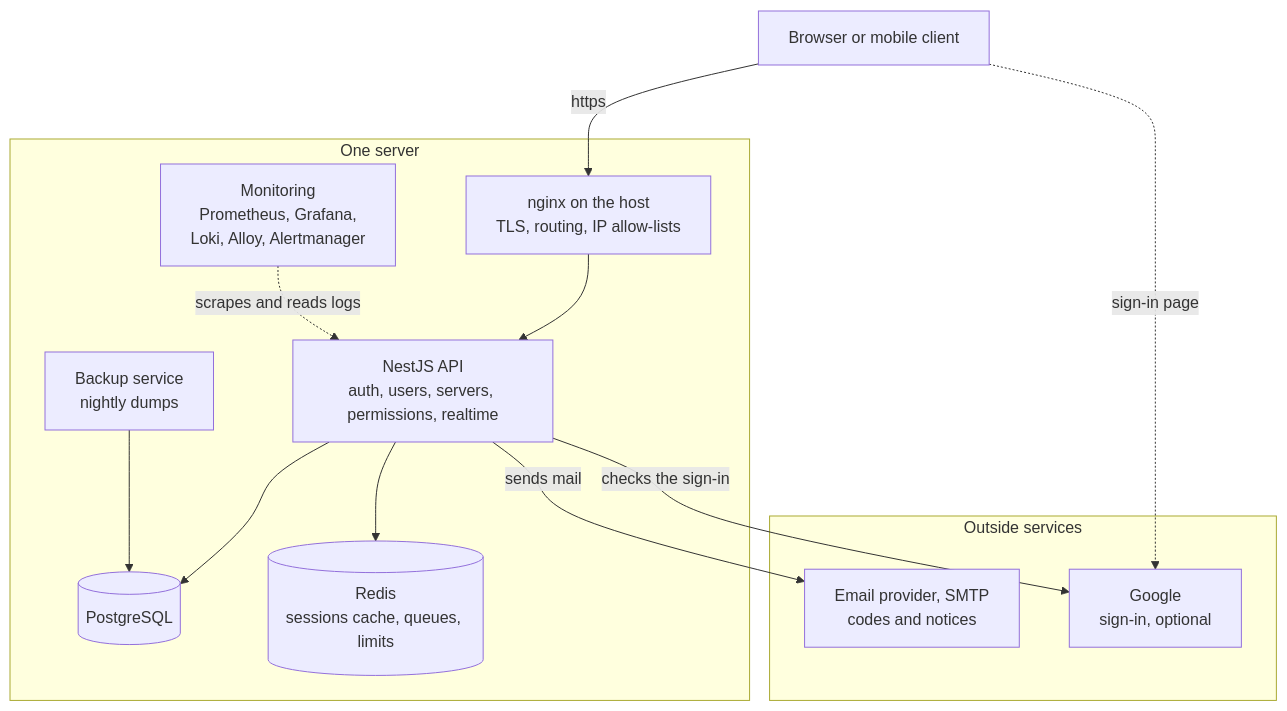
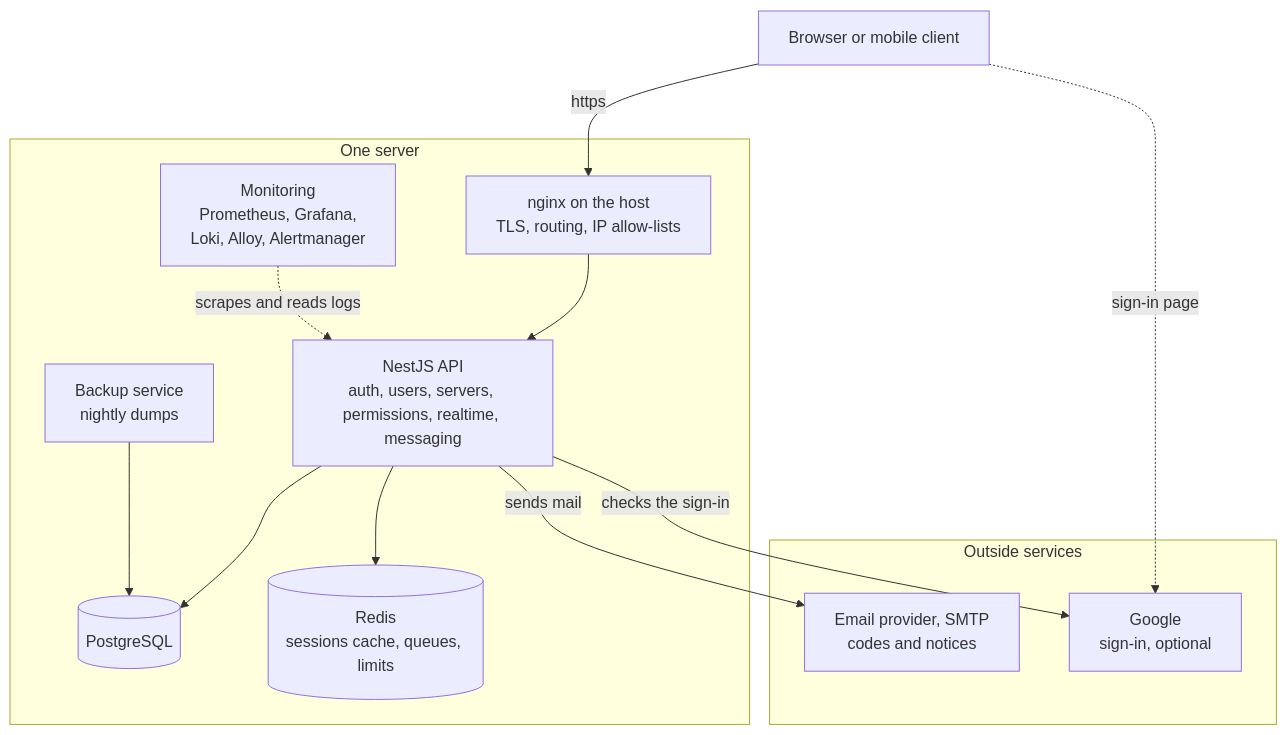
Before and after one commit to StoriuSs/NezFocus-Backend: the first of 5 diagrams in OVERVIEW.md, drawn with Mermaid. The commit also changed other lines of this file and 55 other files, not shown here.

````diff
--- a/OVERVIEW.md
+++ b/OVERVIEW.md
@@ -75,28 +75,28 @@
 ```mermaid
 flowchart TB
     Browser["Browser or mobile client"]
 
     subgraph stack["One server"]
         Nginx["nginx on the host<br/>TLS, routing, IP allow-lists"]
-        App["NestJS API<br/>auth, users, servers, permissions, realtime"]
+        App["NestJS API<br/>auth, users, servers, permissions, realtime, messaging"]
         PG[("PostgreSQL")]
         RD[("Redis<br/>sessions cache, queues, limits")]
         Backup["Backup service<br/>nightly dumps"]
         Mon["Monitoring<br/>Prometheus, Grafana,<br/>Loki, Alloy, Alertmanager"]
     end
 
     subgraph outside["Outside services"]
         SMTP["Email provider, SMTP<br/>codes and notices"]
         Google["Google<br/>sign-in, optional"]
     end
 
     Browser -->|https| Nginx
     Browser -.->|sign-in page| Google
     Nginx --> App
     App --> PG
     App --> RD
     App -->|sends mail| SMTP
     App -->|checks the sign-in| Google
     Backup --> PG
     Mon -.->|scrapes and reads logs| App
 ```
````
